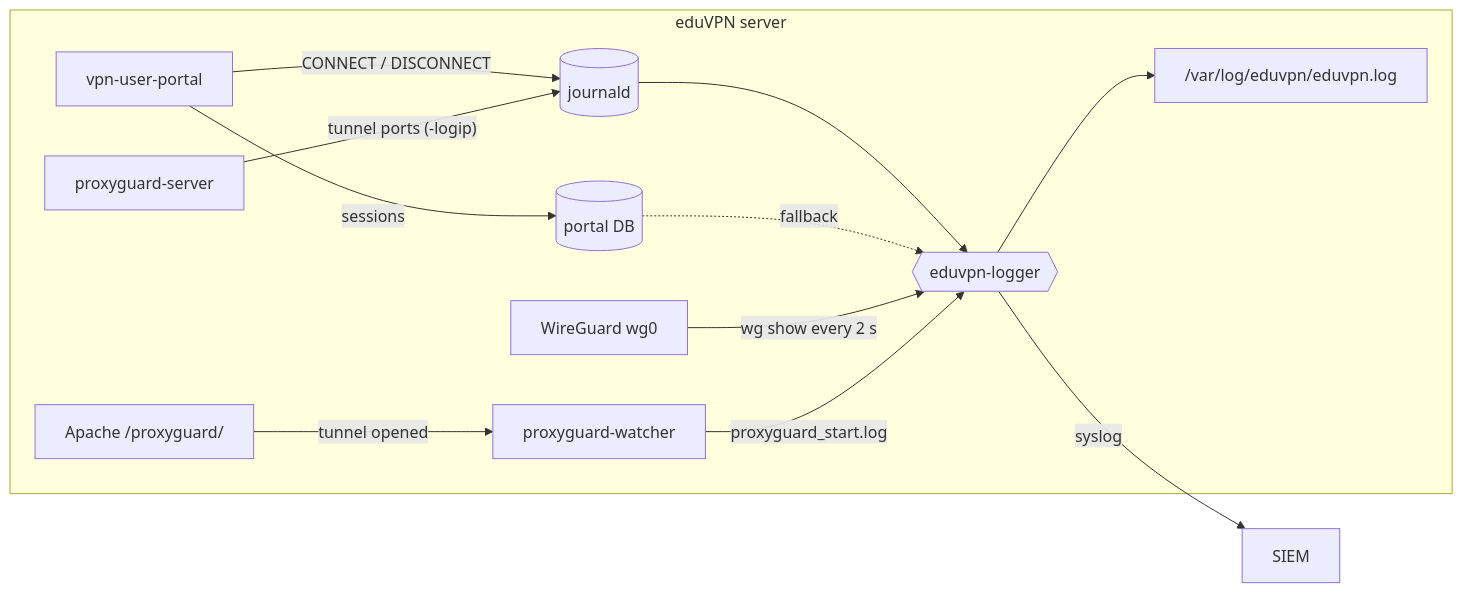
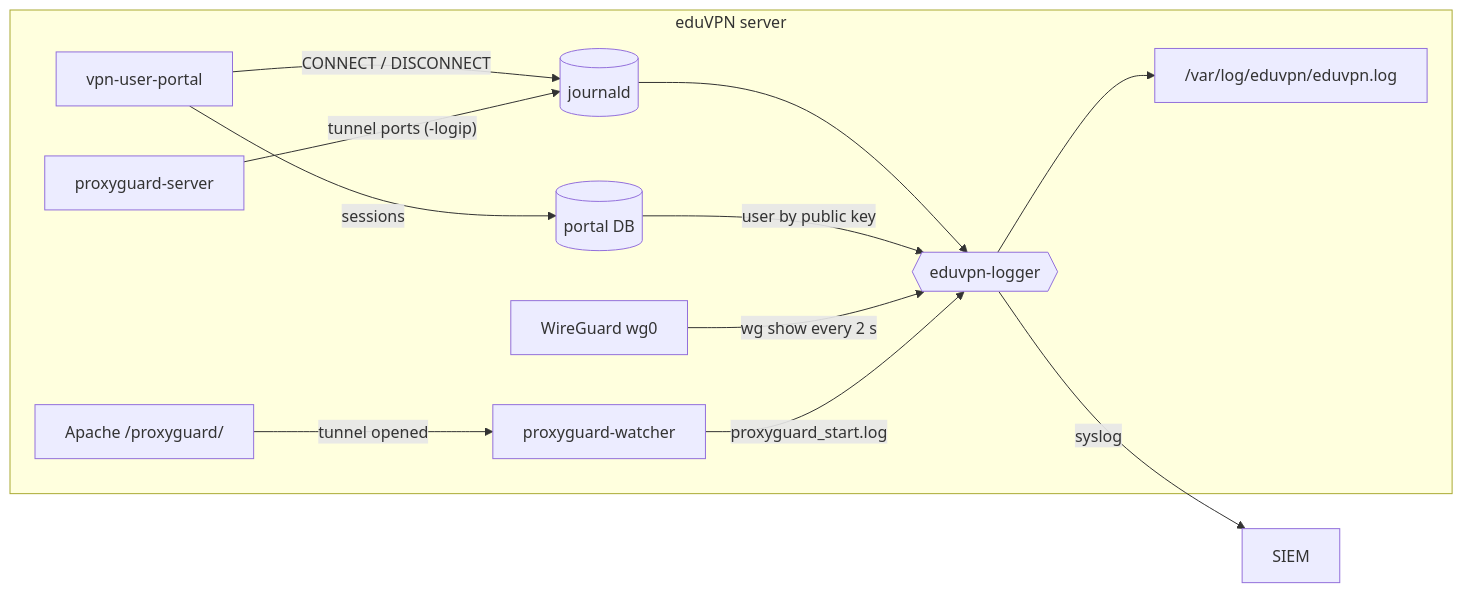
Before and after one commit to giacomocamata/eduvpn-logger: the first of 2 diagrams in README.md, drawn with Mermaid. The commit also changed other lines of this file and 4 other files, not shown here.

````diff
--- a/README.md
+++ b/README.md
@@ -146,16 +146,16 @@
 ```mermaid
 flowchart LR
     subgraph server["eduVPN server"]
         portal["vpn-user-portal"] -->|"CONNECT / DISCONNECT"| journal[("journald")]
         portal -->|"sessions"| db[("portal DB")]
         apache["Apache /proxyguard/"] -->|"tunnel opened"| watcher["proxyguard-watcher"]
         pgs["proxyguard-server"] -->|"tunnel ports (-logip)"| journal
         wg["WireGuard wg0"]
         journal --> logger{{"eduvpn-logger"}}
-        db -.->|"fallback"| logger
+        db -->|"user by public key"| logger
         wg -->|"wg show every 2 s"| logger
         watcher -->|"proxyguard_start.log"| logger
         logger --> file["/var/log/eduvpn/eduvpn.log"]
     end
     logger -->|"syslog"| siem["SIEM"]
 ```
````
